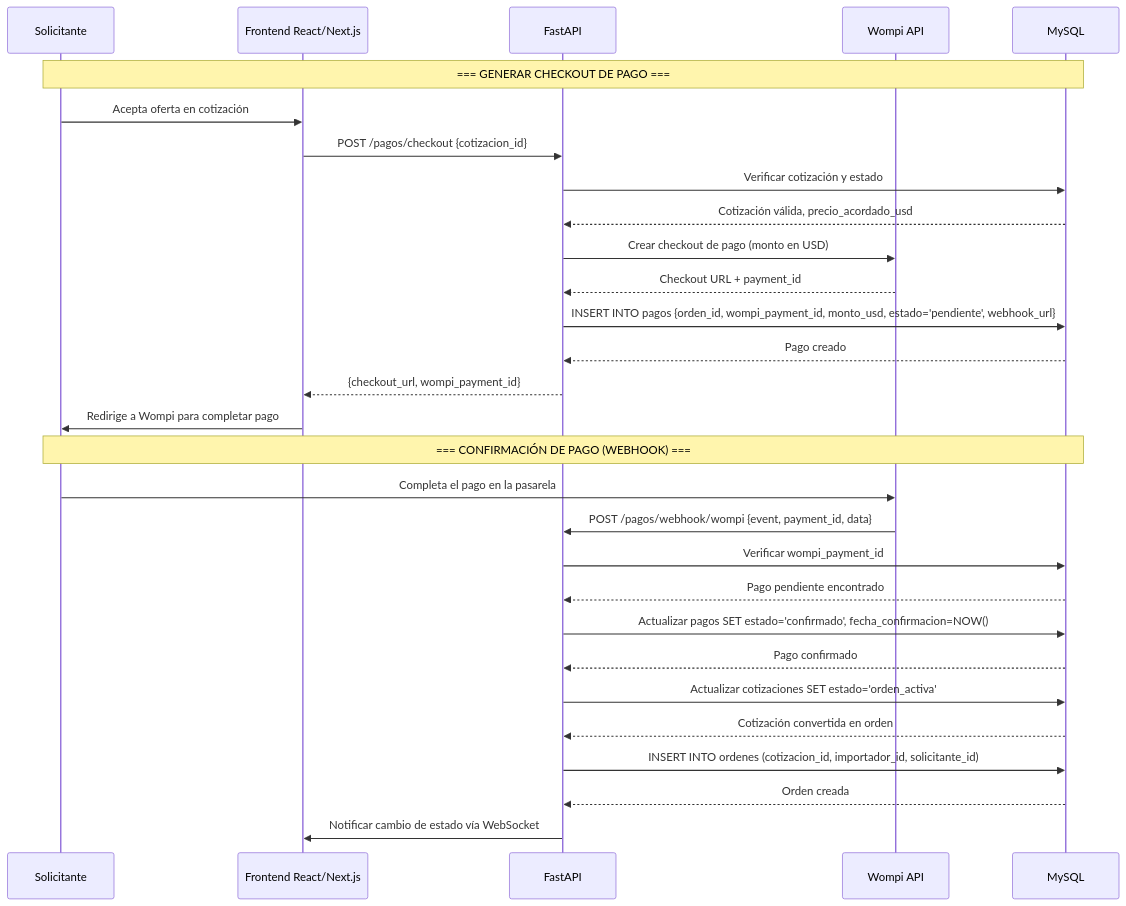
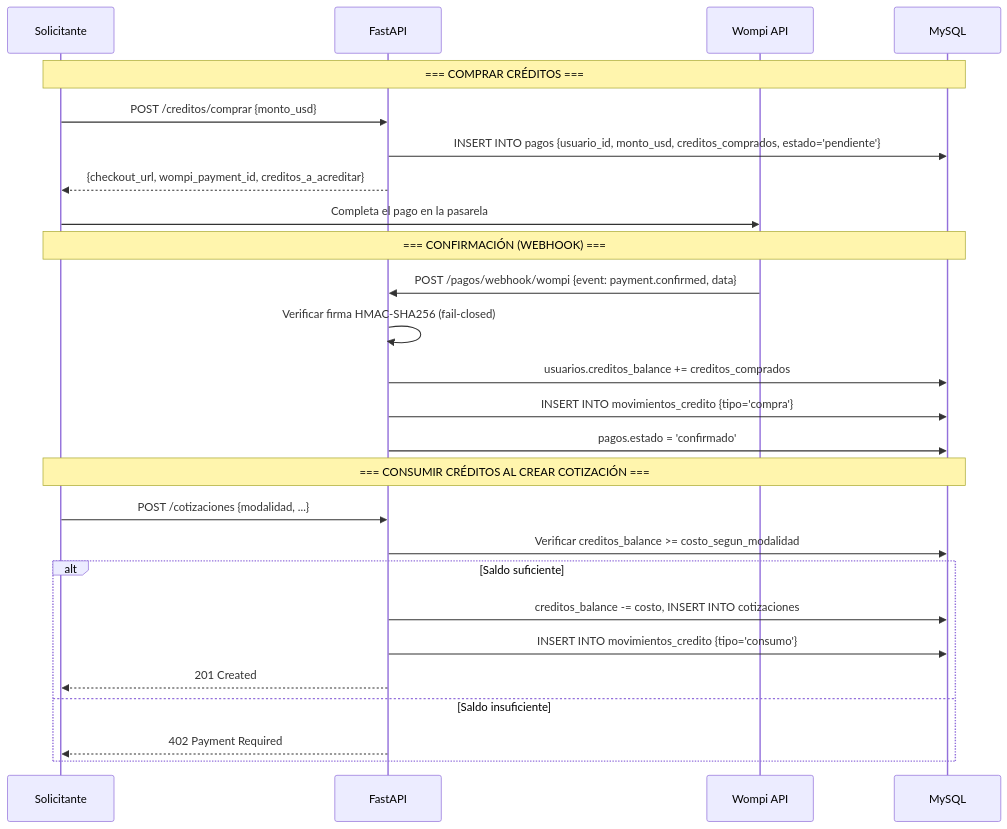
One commit to JuanEstebanAstaiza/ImportacionesQ8 changed the first of 2 diagrams in ImportacionesQ8V/Backend/Pagos-Wompi.md. Above: the diagram before and after it, drawn with Mermaid. The commit also changed other lines of this file and 61 other files, not shown here.

````diff
--- a/ImportacionesQ8V/Backend/Pagos-Wompi.md
+++ b/ImportacionesQ8V/Backend/Pagos-Wompi.md
@@ -11,33 +13,31 @@
 ```mermaid
 sequenceDiagram
     participant S as Solicitante
-    participant F as Frontend React/Next.js
     participant API as FastAPI
     participant W as Wompi API
     participant DB as MySQL
 
-    Note over S,DB: === GENERAR CHECKOUT DE PAGO ===
-    S->>F: Acepta oferta en cotización
-    F->>API: POST /pagos/checkout {cotizacion_id}
-    API->>DB: Verificar cotización y estado
-    DB-->>API: Cotización válida, precio_acordado_usd
-    API->>W: Crear checkout de pago (monto en USD)
-    W-->>API: Checkout URL + payment_id
-    API->>DB: INSERT INTO pagos {orden_id, wompi_payment_id, monto_usd, estado='pendiente', webhook_url}
-    DB-->>API: Pago creado
-    API-->>F: {checkout_url, wompi_payment_id}
-    F->>S: Redirige a Wompi para completar pago
+    Note over S,DB: === COMPRAR CRÉDITOS ===
+    S->>API: POST /creditos/comprar {monto_usd}
+    API->>DB: INSERT INTO pagos {usuario_id, monto_usd, creditos_comprados, estado='pendiente'}
+    API-->>S: {checkout_url, wompi_payment_id, creditos_a_acreditar}
+    S->>W: Completa el pago en la pasarela
 
-    Note over S,DB: === CONFIRMACIÓN DE PAGO (WEBHOOK) ===
-    S->>W: Completa el pago en la pasarela
-    W->>API: POST /pagos/webhook/wompi {event, payment_id, data}
-    API->>DB: Verificar wompi_payment_id
-    DB-->>API: Pago pendiente encontrado
-    API->>DB: Actualizar pagos SET estado='confirmado', fecha_confirmacion=NOW()
-    DB-->>API: Pago confirmado
-    API->>DB: Actualizar cotizaciones SET estado='orden_activa'
-    DB-->>API: Cotización convertida en orden
-    API->>DB: INSERT INTO ordenes (cotizacion_id, importador_id, solicitante_id)
-    DB-->>API: Orden creada
-    API->>F: Notificar cambio de estado vía WebSocket
+    Note over S,DB: === CONFIRMACIÓN (WEBHOOK) ===
+    W->>API: POST /pagos/webhook/wompi {event: payment.confirmed, data}
+    API->>API: Verificar firma HMAC-SHA256 (fail-closed)
+    API->>DB: usuarios.creditos_balance += creditos_comprados
+    API->>DB: INSERT INTO movimientos_credito {tipo='compra'}
+    API->>DB: pagos.estado = 'confirmado'
+
+    Note over S,DB: === CONSUMIR CRÉDITOS AL CREAR COTIZACIÓN ===
+    S->>API: POST /cotizaciones {modalidad, ...}
+    API->>DB: Verificar creditos_balance >= costo_segun_modalidad
+    alt Saldo suficiente
+        API->>DB: creditos_balance -= costo, INSERT INTO cotizaciones
+        API->>DB: INSERT INTO movimientos_credito {tipo='consumo'}
+        API-->>S: 201 Created
+    else Saldo insuficiente
+        API-->>S: 402 Payment Required
+    end
 ```
````
